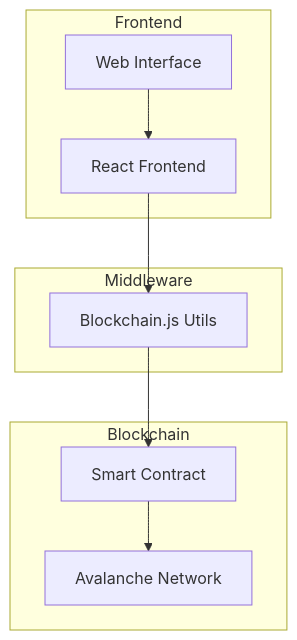
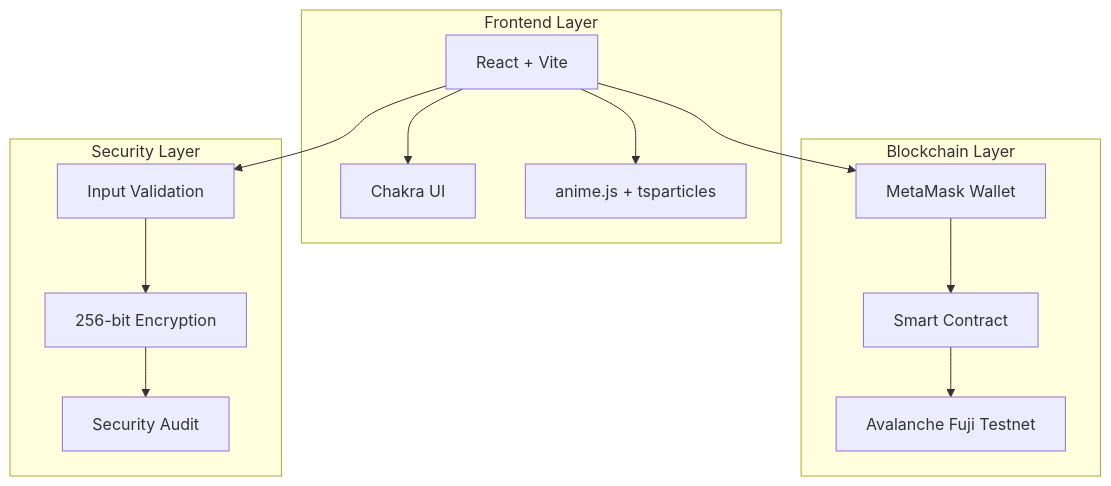
Before and after one commit to NIHAL-PM/blockchainbasedvotingsystem: the first of 2 diagrams in README.md, drawn with Mermaid. The commit also changed other lines of this file, not shown here.

````diff
--- a/README.md
+++ b/README.md
@@ -16,22 +53,29 @@
 ```mermaid
-graph TD
-    A[Web Interface] --> B[React Frontend]
-    B --> C[Blockchain.js Utils]
-    C --> D[Smart Contract]
-    D --> E[Avalanche Network]
-    
-    subgraph Frontend
-    A
-    B
+graph TB
+    subgraph "Frontend Layer"
+        UI[React + Vite]
+        Chakra[Chakra UI]
+        Animations[anime.js + tsparticles]
     end
     
-    subgraph Middleware
-    C
+    subgraph "Blockchain Layer"
+        MetaMask[MetaMask Wallet]
+        Contract[Smart Contract]
+        Avalanche[Avalanche Fuji Testnet]
     end
     
+    subgraph "Security Layer"
+        Encryption[256-bit Encryption]
+        Validation[Input Validation]
+        Audit[Security Audit]
+    end
     
-    subgraph Blockchain
-    D
-    E
-    end
+    UI --> Chakra
+    UI --> Animations
+    UI --> MetaMask
+    MetaMask --> Contract
+    Contract --> Avalanche
+    UI --> Validation
+    Validation --> Encryption
+    Encryption --> Audit
 ```
````
